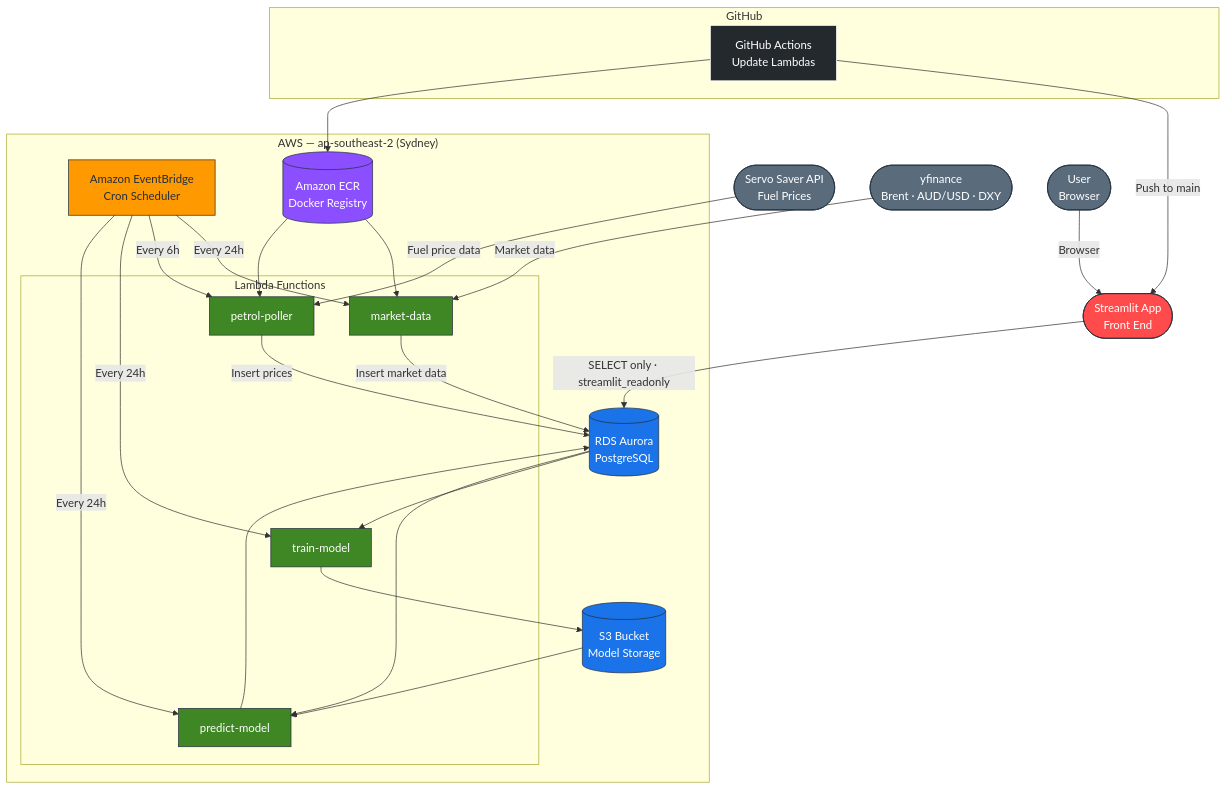
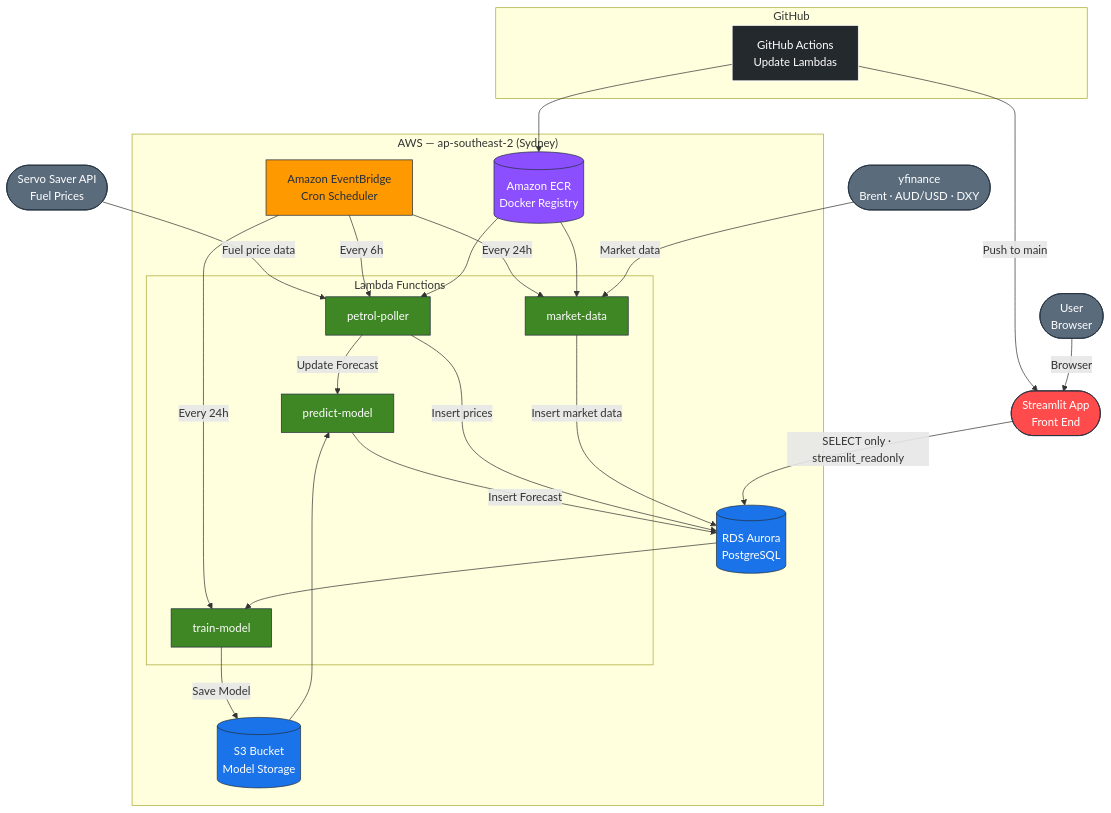
The diagram in README.md (cutajara/Petrol_Prices), drawn with Mermaid before and after one commit. The commit also changed other lines of this file and 3 other files, not shown here.

````diff
--- a/README.md
+++ b/README.md
@@ -8,80 +10,81 @@
 ```mermaid
 graph TD
     %% Define Styles
     classDef github fill:#24292e,stroke:#fff,stroke-width:1px,color:#fff;
     classDef awsOrange fill:#FF9900,stroke:#232F3E,stroke-width:1px,color:#232F3E;
     classDef awsGreen fill:#3F8624,stroke:#232F3E,stroke-width:1px,color:#fff;
     classDef awsBlue fill:#1A73E8,stroke:#232F3E,stroke-width:1px,color:#fff;
     classDef awsPurple fill:#8C4FFF,stroke:#232F3E,stroke-width:1px,color:#fff;
     classDef external fill:#5A6B7C,stroke:#232F3E,stroke-width:1px,color:#fff;
     classDef streamlit fill:#FF4B4B,stroke:#232F3E,stroke-width:1px,color:#fff;
 
     %% External Sources
     ServoAPI([Servo Saver API<br>Fuel Prices]):::external
     YFinance([yfinance<br>Brent · AUD/USD · DXY]):::external
 
     %% GitHub
     subgraph GitHub_Platform ["GitHub"]
         GA[GitHub Actions<br>Update Lambdas]:::github
     end
 
     GA -->|Push to main| Streamlit
 
     %% AWS Cloud
     subgraph AWS_Cloud ["AWS — ap-southeast-2 (Sydney)"]
 
         EB[Amazon EventBridge<br>Cron Scheduler]:::awsOrange
         ECR[(Amazon ECR<br>Docker Registry)]:::awsPurple
 
         subgraph Lambdas ["Lambda Functions"]
             L1[petrol-poller]:::awsGreen
             L2[market-data]:::awsGreen
             L3[train-model]:::awsGreen
             L4[predict-model]:::awsGreen
         end
         RDS[(RDS Aurora \n PostgreSQL)]:::awsBlue
         S3[(S3 Bucket<br>Model Storage)]:::awsBlue
         
         
 
     end
 
     Streamlit([Streamlit App<br>Front End]):::streamlit
     User([User<br>Browser]):::external
 
     %% GitHub → AWS
 
 GA --> ECR
-ECR --> L2
 
     %% External → Lambda
     ServoAPI -->|Fuel price data| L1
-ECR --> L1
 
     %% EventBridge → Lambda
     EB -->|Every 24h| L2
     EB -->|Every 6h| L1
     EB -->|Every 24h| L3
-    EB -->|Every 24h| L4
+
+ECR --> L1
+ECR --> L2
 
     YFinance -->|Market data| L2
 
+
     RDS --> L3
-    L3 --> S3
+    L3 -->|Save Model| S3
 
-    RDS --> L4
+    L1 -->|Update Forecast| L4
     S3 --> L4
-    L4 --> RDS
+    L4 -->|Insert Forecast| RDS
 
 
     %% Lambda → RDS
     L1 -->|Insert prices| RDS
     L2 -->|Insert market data| RDS
 
 
 
     
     %% Streamlit → RDS
     Streamlit -->|SELECT only · streamlit_readonly| RDS
     User -->|Browser| Streamlit
 ```
````
